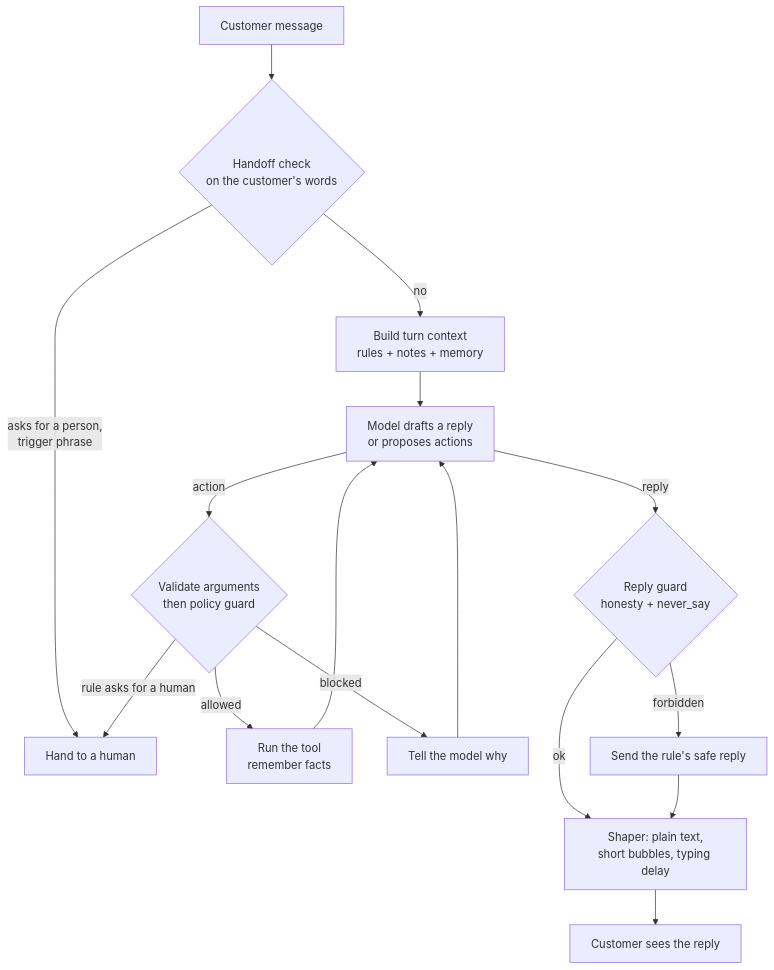
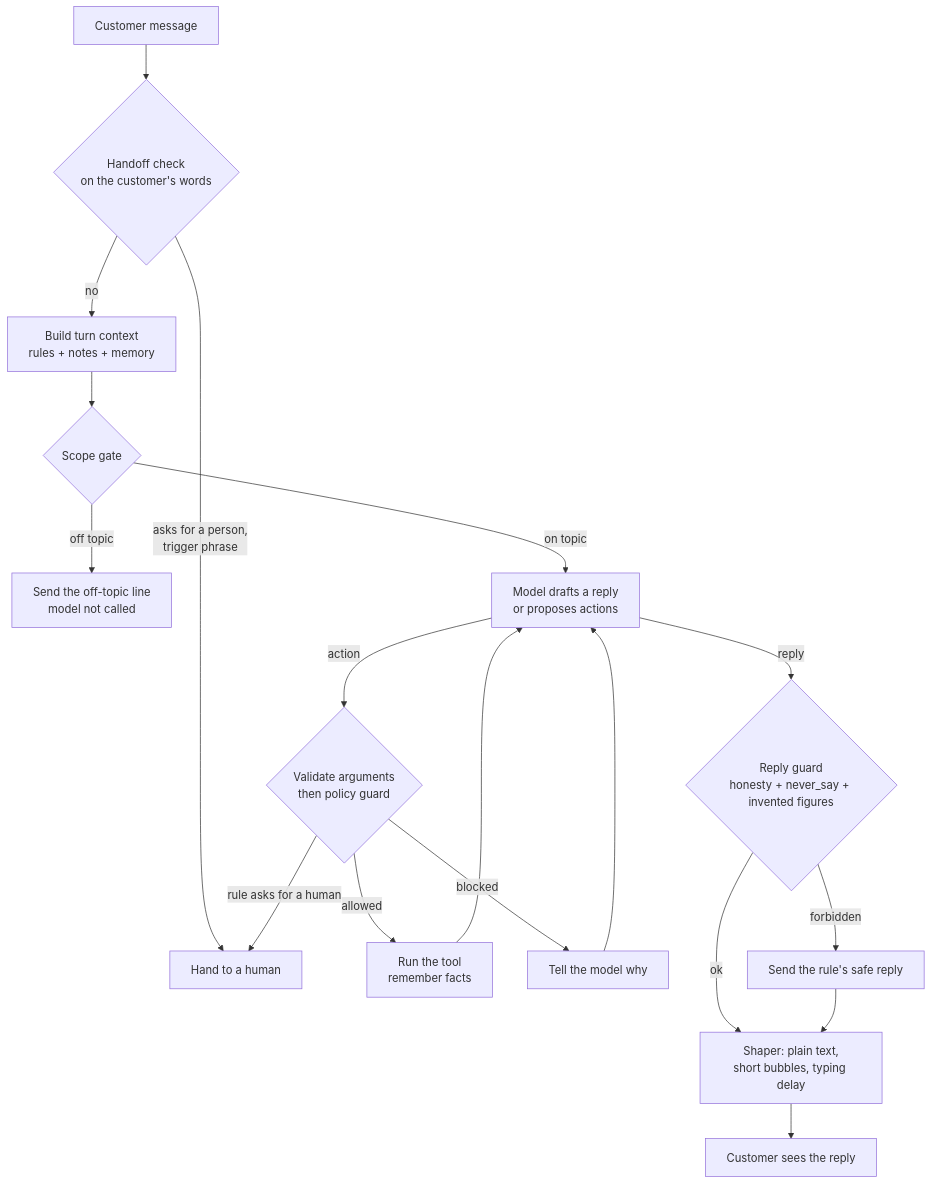
Before and after one commit to sharathkum05/hamilton-harness: the diagram in README.md, drawn with Mermaid. The commit also changed other lines of this file and 1 other file, not shown here.

Commit message:
Update the README for the web app, scope checks, dashboard and MCP server

````diff
--- a/README.md
+++ b/README.md
@@ -18,18 +18,20 @@
 ```mermaid
 flowchart TD
     A[Customer message] --> B{Handoff check<br/>on the customer's words}
     B -- asks for a person,<br/>trigger phrase --> H[Hand to a human]
     B -- no --> C[Build turn context<br/>rules + notes + memory]
-    C --> D[Model drafts a reply<br/>or proposes actions]
+    C --> S{Scope gate}
+    S -- off topic --> O[Send the off-topic line<br/>model not called]
+    S -- on topic --> D[Model drafts a reply<br/>or proposes actions]
     D -- action --> E{Validate arguments<br/>then policy guard}
     E -- allowed --> F[Run the tool<br/>remember facts]
     E -- blocked --> G[Tell the model why]
     E -- rule asks for a human --> H
     F --> D
     G --> D
-    D -- reply --> I{Reply guard<br/>honesty + never_say}
+    D -- reply --> I{Reply guard<br/>honesty + never_say + invented figures}
     I -- ok --> J[Shaper: plain text,<br/>short bubbles, typing delay]
     I -- forbidden --> K[Send the rule's safe reply]
     K --> J
     J --> L[Customer sees the reply]
 ```
````
